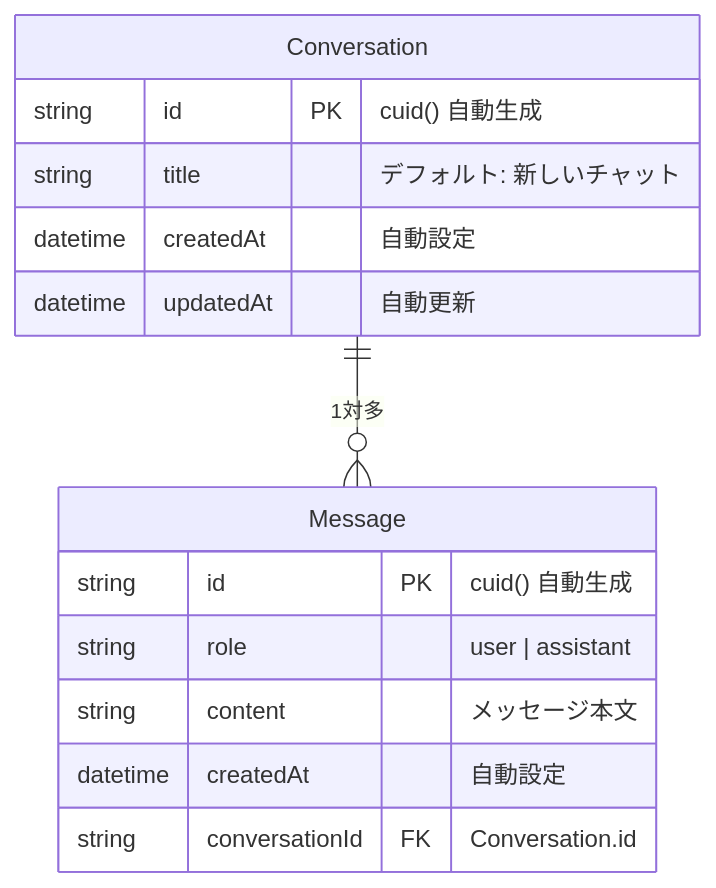
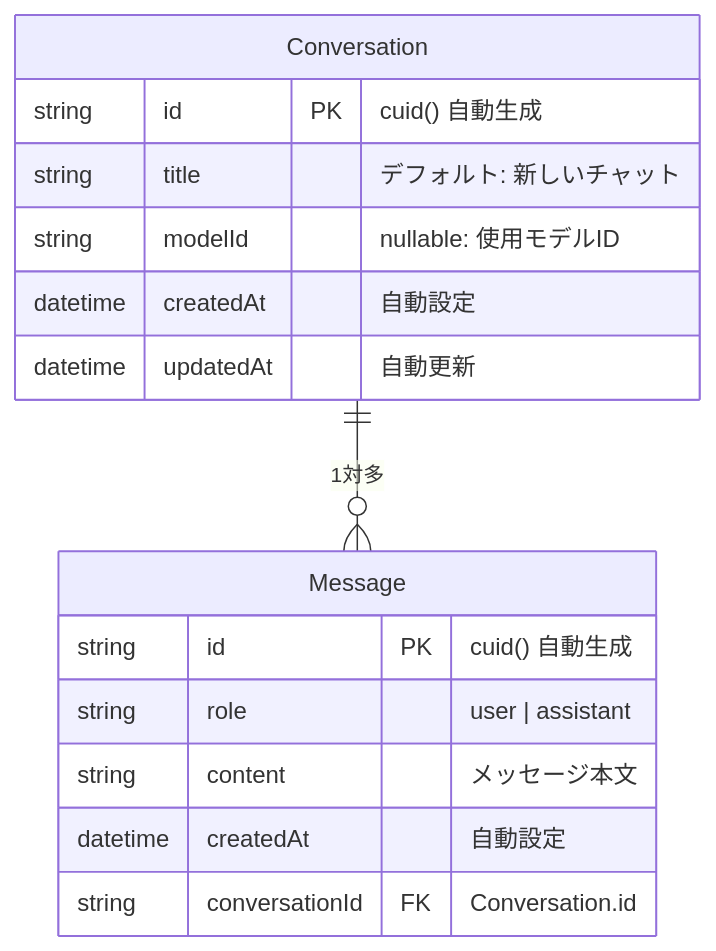
The diagram in .kiro/steering/database.md (issei1213/help-navi), drawn with Mermaid before and after one commit. The commit also changed other lines of this file and 26 other files, not shown here.

````diff
--- a/.kiro/steering/database.md
+++ b/.kiro/steering/database.md
@@ -22,19 +22,20 @@
 ```mermaid
 erDiagram
     Conversation ||--o{ Message : "1対多"
 
     Conversation {
         string id PK "cuid() 自動生成"
         string title "デフォルト: 新しいチャット"
+        string modelId "nullable: 使用モデルID"
         datetime createdAt "自動設定"
         datetime updatedAt "自動更新"
     }
 
     Message {
         string id PK "cuid() 自動生成"
         string role "user | assistant"
         string content "メッセージ本文"
         datetime createdAt "自動設定"
         string conversationId FK "Conversation.id"
     }
 ```
````
